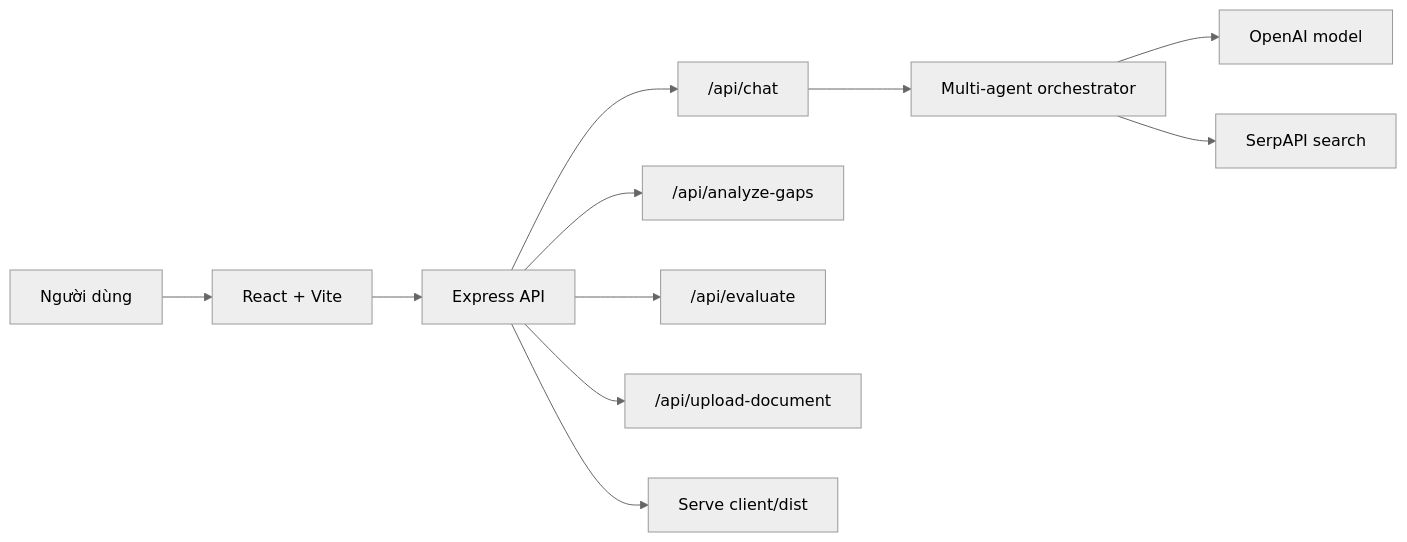
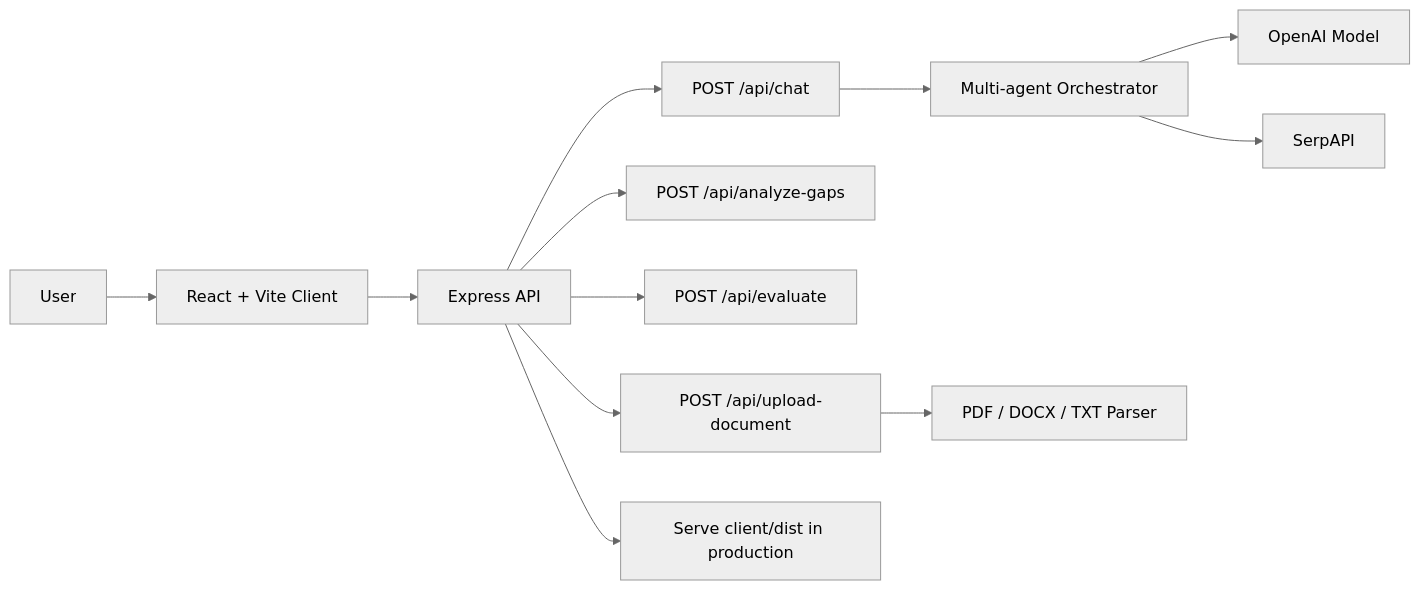
The diagram in README.md (dammanhdungvn/ReqSense), drawn with Mermaid (neutral theme) before and after one commit. The commit also changed other lines of this file, not shown here.

````diff
--- a/README.md
+++ b/README.md
@@ -103,13 +110,14 @@
 ```mermaid
 flowchart LR
-  User["Người dùng"] --> Client["React + Vite"]
+  User["User"] --> Client["React + Vite Client"]
   Client --> API["Express API"]
-  API --> Chat["/api/chat"]
-  API --> Gaps["/api/analyze-gaps"]
-  API --> Eval["/api/evaluate"]
-  API --> Upload["/api/upload-document"]
-  Chat --> Agents["Multi-agent orchestrator"]
-  Agents --> OpenAI["OpenAI model"]
-  Agents --> Search["SerpAPI search"]
-  API --> Static["Serve client/dist"]
+  API --> Chat["POST /api/chat"]
+  API --> Gap["POST /api/analyze-gaps"]
+  API --> Eval["POST /api/evaluate"]
+  API --> Upload["POST /api/upload-document"]
+  Chat --> Agents["Multi-agent Orchestrator"]
+  Agents --> OpenAI["OpenAI Model"]
+  Agents --> Search["SerpAPI"]
+  Upload --> Parser["PDF / DOCX / TXT Parser"]
+  API --> Static["Serve client/dist in production"]
 ```
````
